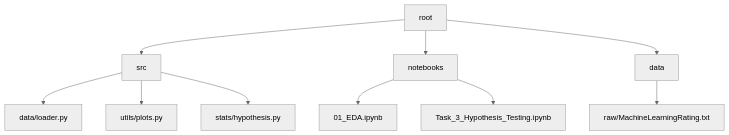
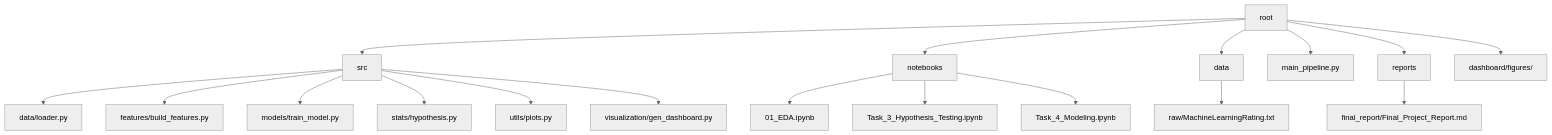
One commit to Miftah-Ebrahim/Insurance-claims-Intelligence changed the diagram in README.md. Above: the diagram before and after it, drawn with Mermaid (neutral theme). The commit also changed other lines of this file and 8 other files, not shown here.

Commit message:
feat: add final dashboard, report, and updated README

````diff
--- a/README.md
+++ b/README.md
@@ -72,12 +74,20 @@
 ```mermaid
 graph TD;
     A[root] --> B[src];
     B --> B1[data/loader.py];
-    B --> B2[utils/plots.py];
-    B --> B3[stats/hypothesis.py];
+    B --> B2[features/build_features.py];
+    B --> B3[models/train_model.py];
+    B --> B4[stats/hypothesis.py];
+    B --> B5[utils/plots.py];
+    B --> B6[visualization/gen_dashboard.py];
     A --> C[notebooks];
     C --> C1[01_EDA.ipynb];
     C --> C2[Task_3_Hypothesis_Testing.ipynb];
+    C --> C3[Task_4_Modeling.ipynb];
     A --> D[data];
     D --> D1[raw/MachineLearningRating.txt];
+    A --> E[main_pipeline.py];
+    A --> F[reports];
+    F --> F1[final_report/Final_Project_Report.md];
+    A --> G[dashboard/figures/];
 ```
````
